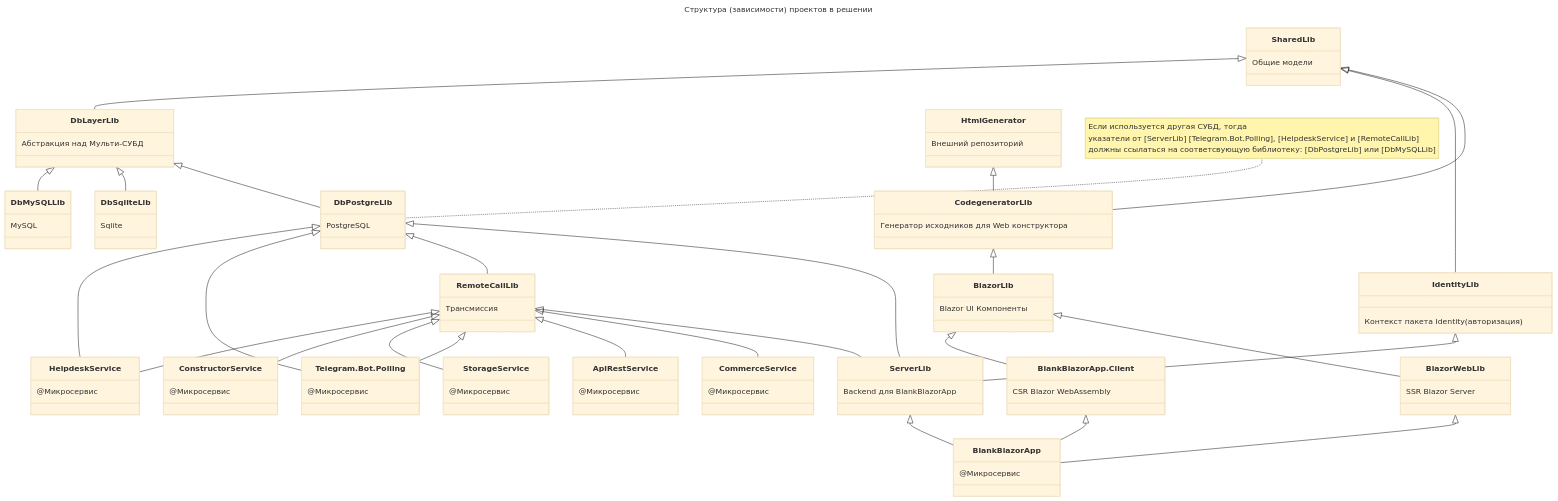
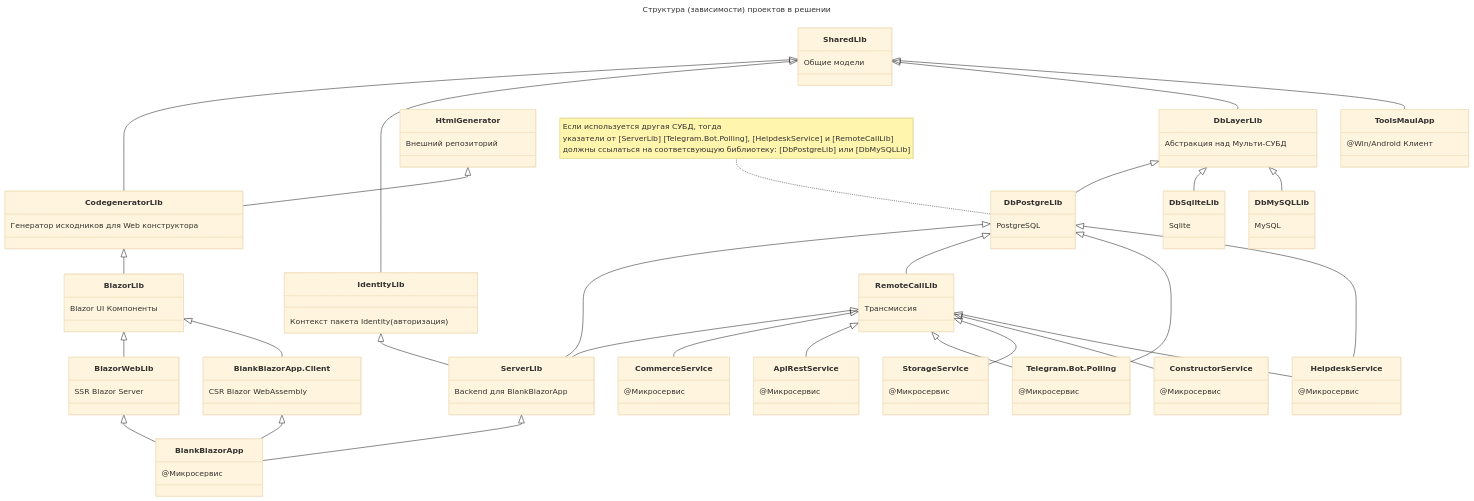
The diagram in README.md (badhitman/DesignerApp), drawn with Mermaid (base theme) before and after one commit.

````diff
--- a/README.md
+++ b/README.md
@@ -22,6 +22,7 @@
     SharedLib <|-- CodegeneratorLib
     SharedLib <|-- IdentityLib
     SharedLib <|-- DbLayerLib
+    SharedLib <|-- ToolsMauiApp
     SharedLib : Общие модели
     IdentityLib <|-- ServerLib
     DbPostgreLib <|-- ServerLib
@@ -103,4 +104,7 @@
     class ApiRestService{
         @Микросервис        
     }
+    class ToolsMauiApp{
+      @Win/Android Клиент
+    }
 ```
````
